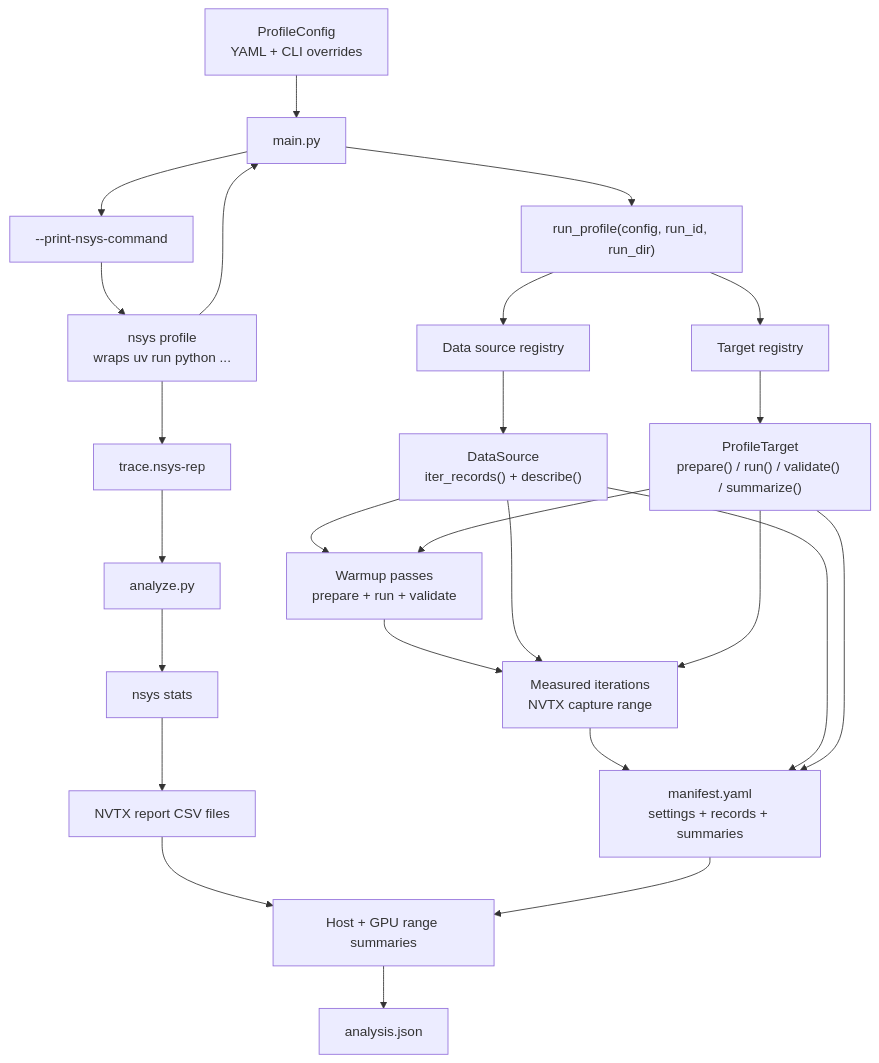
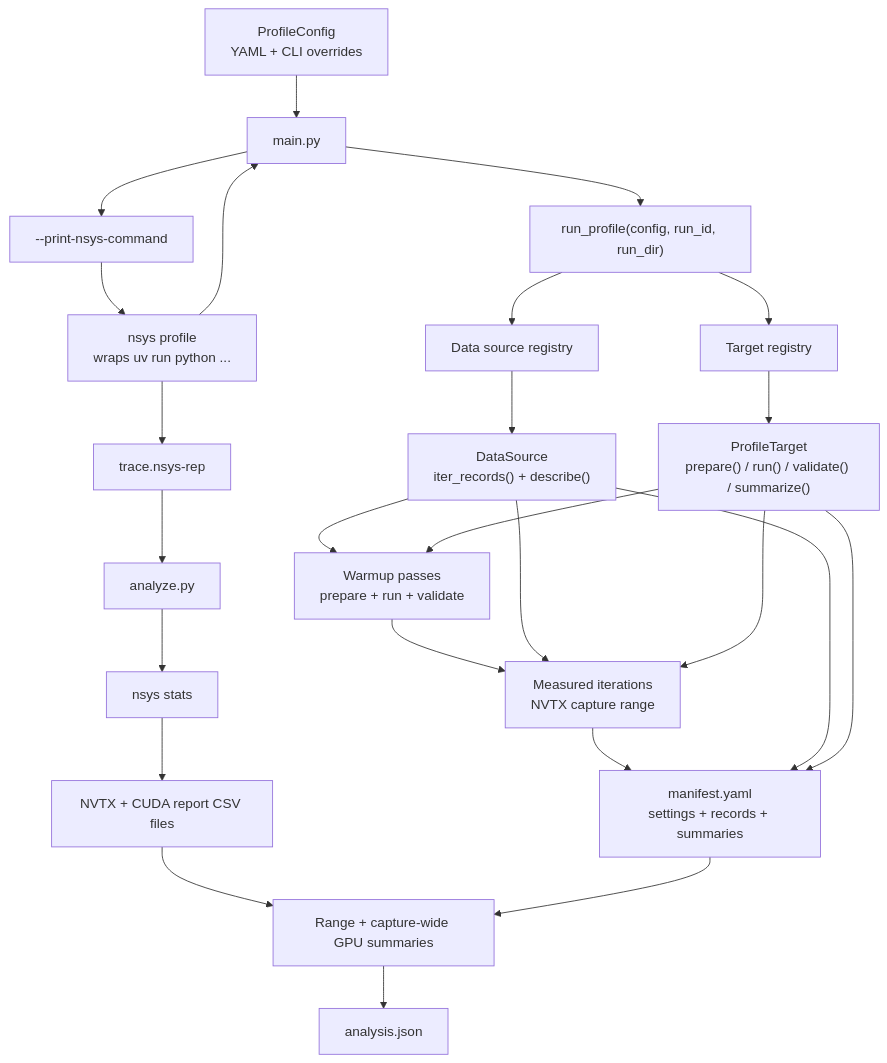
Before and after one commit to roboflow/inference: the diagram in development/profiling/README.md, drawn with Mermaid. The commit also changed other lines of this file and 2 other files, not shown here.

Commit message:
Document capture-wide GPU work and CPU-only behavior

````diff
--- a/development/profiling/README.md
+++ b/development/profiling/README.md
@@ -9,49 +9,49 @@
 ```mermaid
 flowchart TD
     config["ProfileConfig\nYAML + CLI overrides"]
     main["main.py"]
     runProfile["run_profile(config, run_id, run_dir)"]
     dataRegistry["Data source registry"]
     dataSource["DataSource\niter_records() + describe()"]
     targetRegistry["Target registry"]
     target["ProfileTarget\nprepare() / run() / validate() / summarize()"]
     warmup["Warmup passes\nprepare + run + validate"]
     capture["Measured iterations\nNVTX capture range"]
     manifest["manifest.yaml\nsettings + records + summaries"]
     nsysCommand["--print-nsys-command"]
     nsys["nsys profile\nwraps uv run python ..."]
     trace["trace.nsys-rep"]
     analyze["analyze.py"]
     stats["nsys stats"]
-    reports["NVTX report CSV files"]
-    summary["Host + GPU range summaries"]
+    reports["NVTX + CUDA report CSV files"]
+    summary["Range + capture-wide GPU summaries"]
     analysis["analysis.json"]
 
     config --> main
     main --> runProfile
     main --> nsysCommand
     nsysCommand --> nsys
     nsys --> main
     nsys --> trace
 
     runProfile --> dataRegistry
     dataRegistry --> dataSource
     runProfile --> targetRegistry
     targetRegistry --> target
 
     dataSource --> warmup
     target --> warmup
     warmup --> capture
     dataSource --> capture
     target --> capture
     capture --> manifest
     dataSource --> manifest
     target --> manifest
 
     trace --> analyze
     analyze --> stats
     stats --> reports
     reports --> summary
     manifest --> summary
     summary --> analysis
 ```
````
